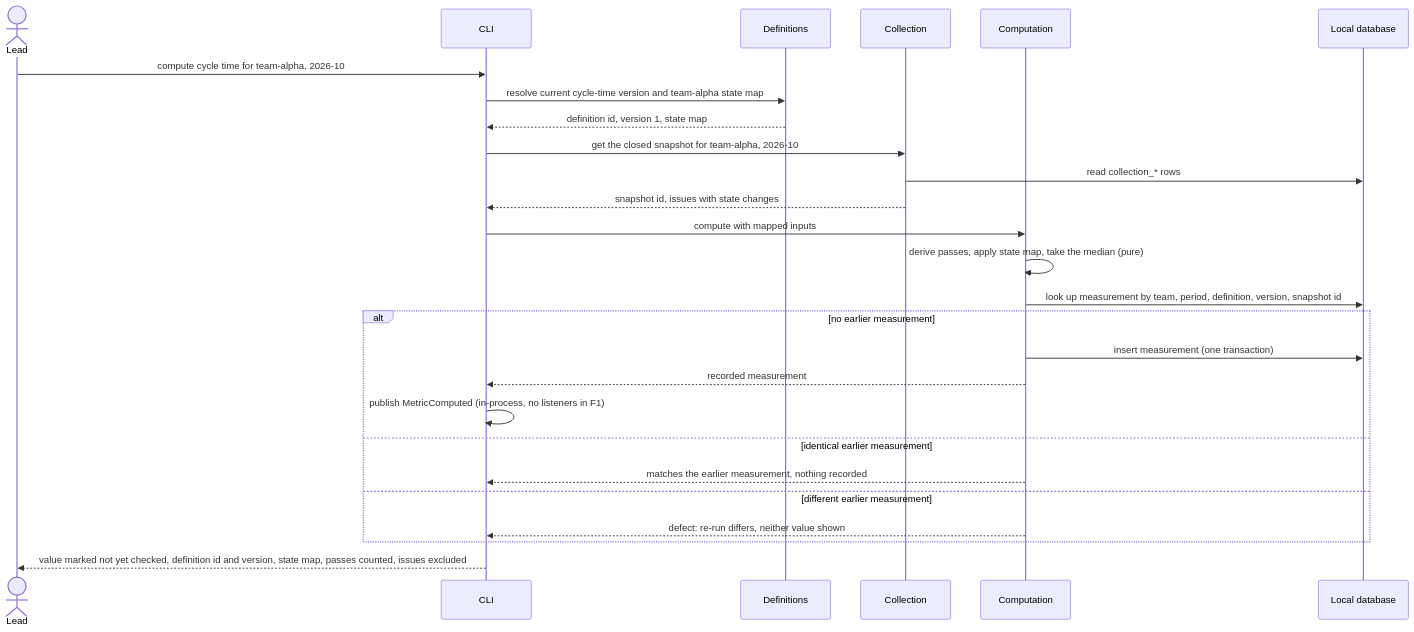
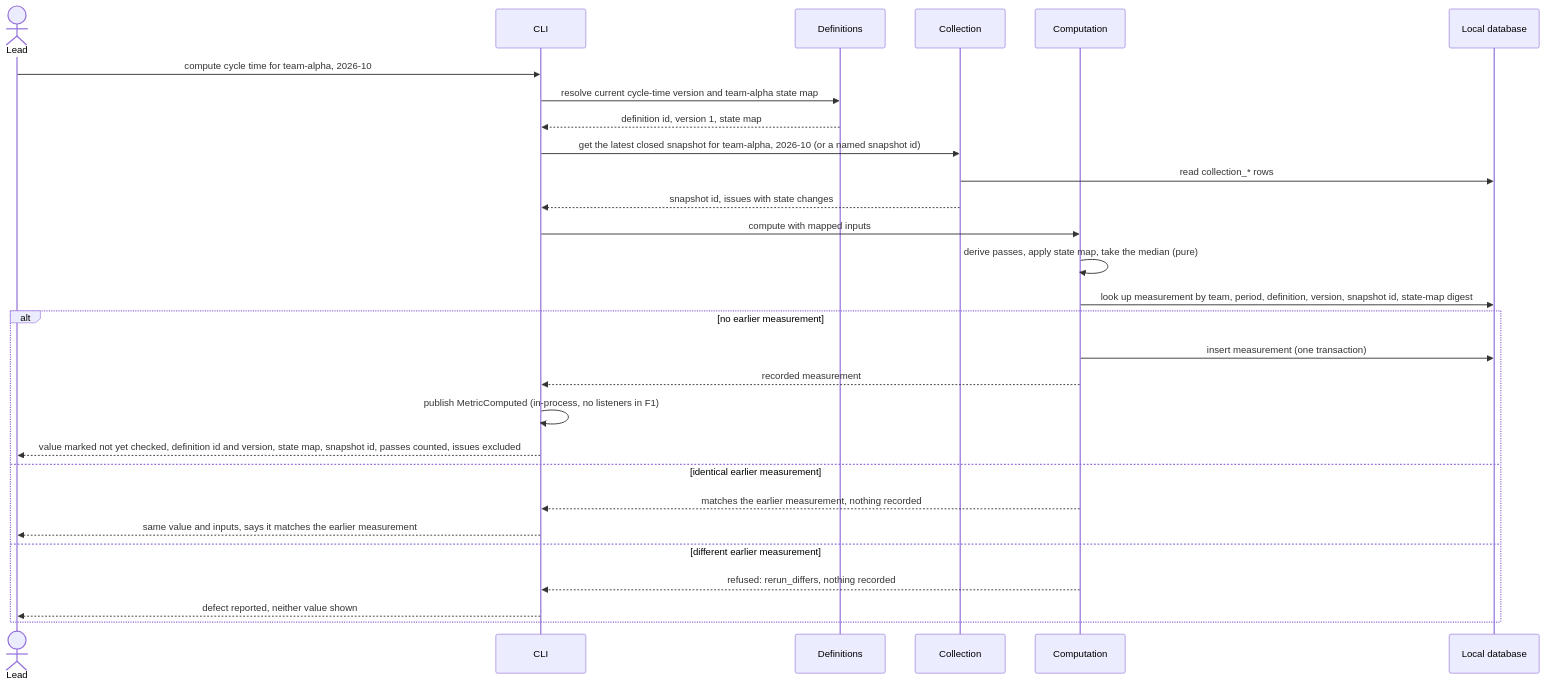
One commit to AlexPanchenko/evidence-meter changed the third of 4 diagrams in docs/features/metric-computation/sad.md. Above: the diagram before and after it, drawn with Mermaid. The commit also changed other lines of this file and 1 other file, not shown here.

Commit message:
[m06-l04] 03: SAD + ADR for metric-computation via architecture-design (critic pass: state-map digest, latest snapshot, flow and wording fixes)

````diff
--- a/docs/features/metric-computation/sad.md
+++ b/docs/features/metric-computation/sad.md
@@ -219,28 +221,30 @@
 ```mermaid
 sequenceDiagram
     actor Lead
     participant CLI
     participant Definitions
     participant Collection
     participant Computation
     participant DB as Local database
     Lead->>CLI: compute cycle time for team-alpha, 2026-10
     CLI->>Definitions: resolve current cycle-time version and team-alpha state map
     Definitions-->>CLI: definition id, version 1, state map
-    CLI->>Collection: get the closed snapshot for team-alpha, 2026-10
+    CLI->>Collection: get the latest closed snapshot for team-alpha, 2026-10 (or a named snapshot id)
     Collection->>DB: read collection_* rows
     Collection-->>CLI: snapshot id, issues with state changes
     CLI->>Computation: compute with mapped inputs
     Computation->>Computation: derive passes, apply state map, take the median (pure)
-    Computation->>DB: look up measurement by team, period, definition, version, snapshot id
+    Computation->>DB: look up measurement by team, period, definition, version, snapshot id, state-map digest
     alt no earlier measurement
         Computation->>DB: insert measurement (one transaction)
         Computation-->>CLI: recorded measurement
         CLI->>CLI: publish MetricComputed (in-process, no listeners in F1)
+        CLI-->>Lead: value marked not yet checked, definition id and version, state map, snapshot id, passes counted, issues excluded
     else identical earlier measurement
         Computation-->>CLI: matches the earlier measurement, nothing recorded
+        CLI-->>Lead: same value and inputs, says it matches the earlier measurement
     else different earlier measurement
-        Computation-->>CLI: defect: re-run differs, neither value shown
+        Computation-->>CLI: refused: rerun_differs, nothing recorded
+        CLI-->>Lead: defect reported, neither value shown
     end
-    CLI-->>Lead: value marked not yet checked, definition id and version, state map, passes counted, issues excluded
 ```
````
